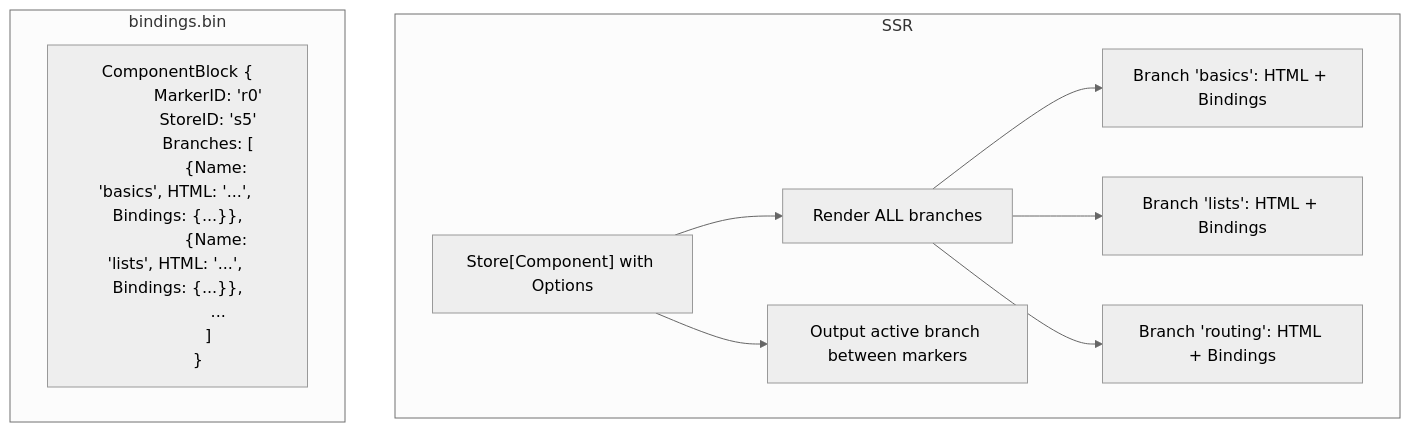
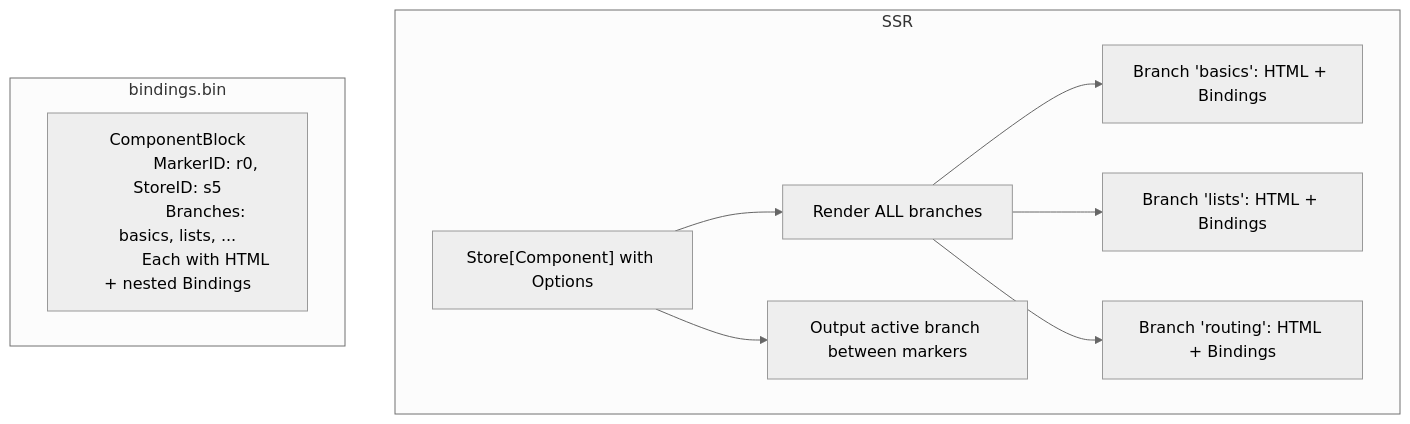
One commit to tbocek/preveltekit changed the tenth of 12 diagrams in new/ARCHITECTURE.md. Above: the diagram before and after it, drawn with Mermaid (neutral theme). The commit also changed other lines of this file, not shown here.

````diff
--- a/new/ARCHITECTURE.md
+++ b/new/ARCHITECTURE.md
@@ -531,21 +526,16 @@
 ```mermaid
 graph TD
     subgraph "SSR"
         A["Store[Component] with Options"] --> B["Render ALL branches"]
         B --> C["Branch 'basics': HTML + Bindings"]
         B --> D["Branch 'lists': HTML + Bindings"]
         B --> E["Branch 'routing': HTML + Bindings"]
         A --> F["Output active branch between markers"]
     end
     subgraph "bindings.bin"
-        G["ComponentBlock {
-            MarkerID: 'r0'
-            StoreID: 's5'
-            Branches: [
-                {Name: 'basics', HTML: '...', Bindings: {...}},
-                {Name: 'lists', HTML: '...', Bindings: {...}},
-                ...
-            ]
-        }"]
+        G["ComponentBlock
+            MarkerID: r0, StoreID: s5
+            Branches: basics, lists, ...
+            Each with HTML + nested Bindings"]
     end
 ```
````
